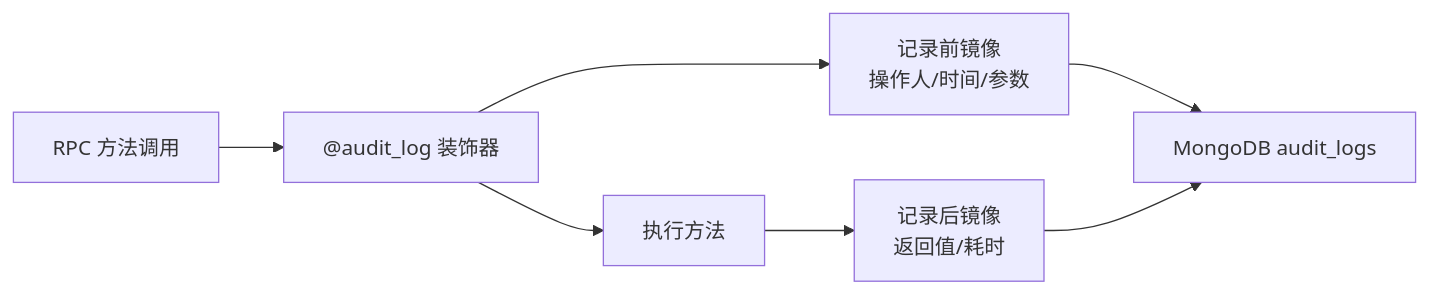
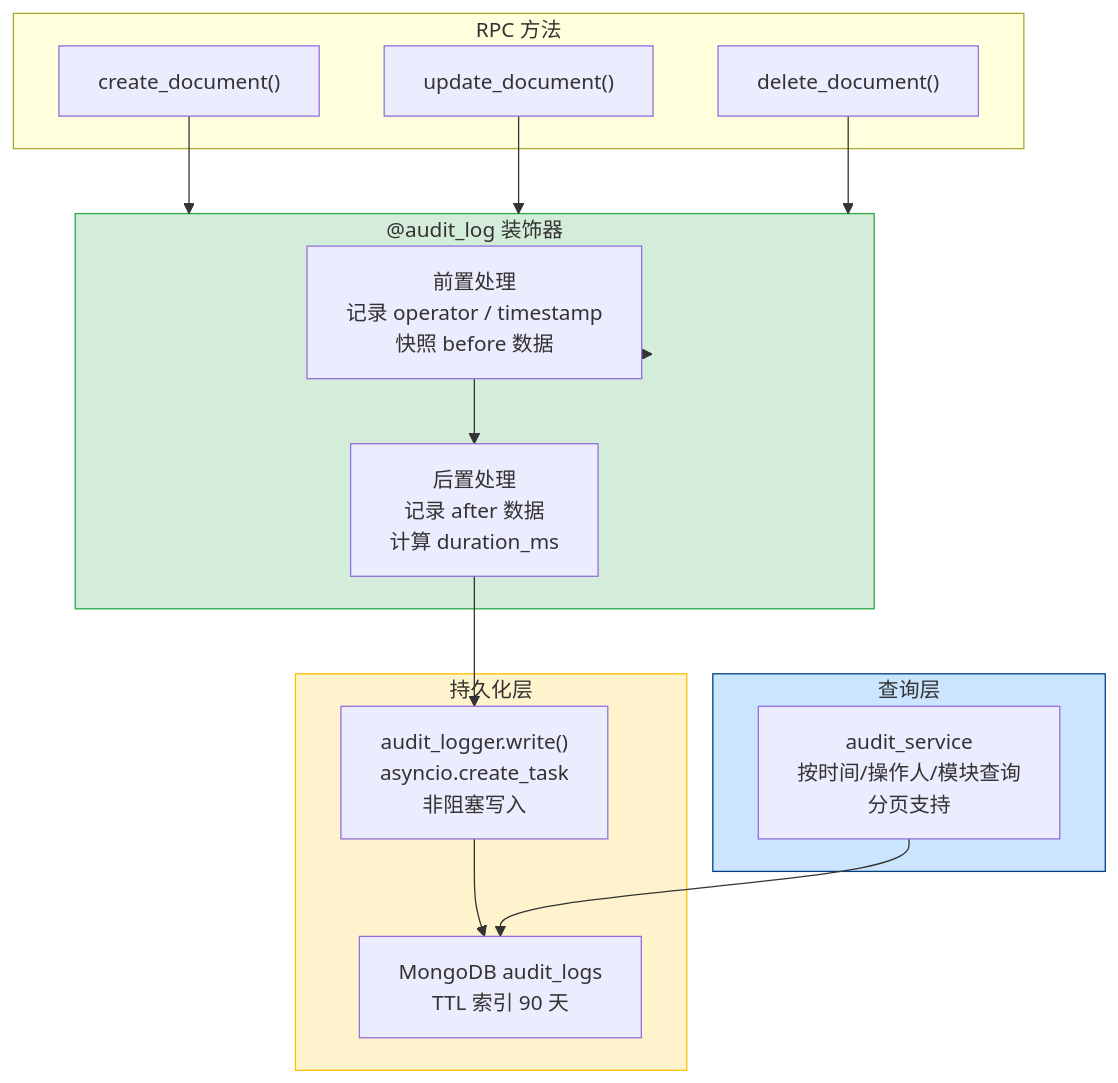
One commit to effiy/YrY changed the first of 3 diagrams in YiKnowledge/projects/yiai/devs/2026-08/04-prd-task-预写审计日志.md. Above: the diagram before and after it, drawn with Mermaid. The commit also changed other lines of this file and 4958 other files, not shown here.

````diff
--- a/YiKnowledge/projects/yiai/devs/2026-08/04-prd-task-预写审计日志.md
+++ b/YiKnowledge/projects/yiai/devs/2026-08/04-prd-task-预写审计日志.md
@@ -32,9 +41,35 @@
 ```mermaid
-flowchart LR
-  CALL["RPC 方法调用"] --> DECO["@audit_log 装饰器"]
-  DECO --> PRE["记录前镜像<br/>操作人/时间/参数"]
-  DECO --> EXEC["执行方法"]
-  EXEC --> POST["记录后镜像<br/>返回值/耗时"]
-  PRE --> DB["MongoDB audit_logs"]
-  POST --> DB
+graph TD
+  subgraph APP["RPC 方法"]
+    CREATE["create_document()"]
+    UPDATE["update_document()"]
+    DELETE["delete_document()"]
+  end
+
+  subgraph DECO["@audit_log 装饰器"]
+    PRE["前置处理<br/>记录 operator / timestamp<br/>快照 before 数据"]
+    POST["后置处理<br/>记录 after 数据<br/>计算 duration_ms"]
+  end
+
+  subgraph PERSIST["持久化层"]
+    ASYNC["audit_logger.write()<br/>asyncio.create_task<br/>非阻塞写入"]
+    DB["MongoDB audit_logs<br/>TTL 索引 90 天"]
+  end
+
+  subgraph QUERY["查询层"]
+    SERVICE["audit_service<br/>按时间/操作人/模块查询<br/>分页支持"]
+  end
+
+  CREATE --> DECO
+  UPDATE --> DECO
+  DELETE --> DECO
+  DECO --> PRE
+  PRE --> POST
+  POST --> ASYNC
+  ASYNC --> DB
+  SERVICE --> DB
+
+  style DECO fill:#d4edda,stroke:#28a745
+  style PERSIST fill:#fff3cd,stroke:#ffc107
+  style QUERY fill:#cce5ff,stroke:#004085
 ```
````
